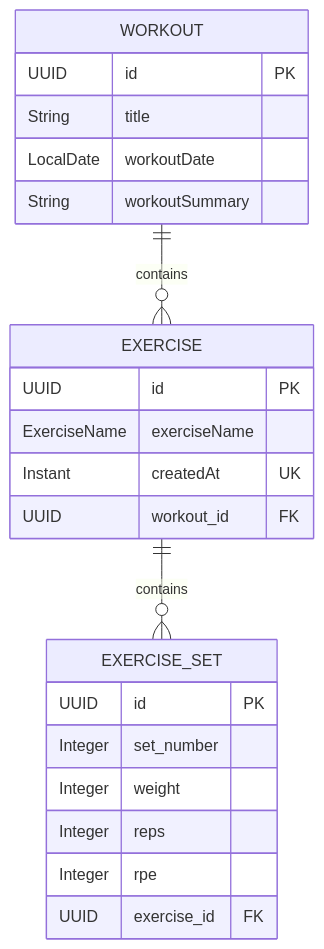
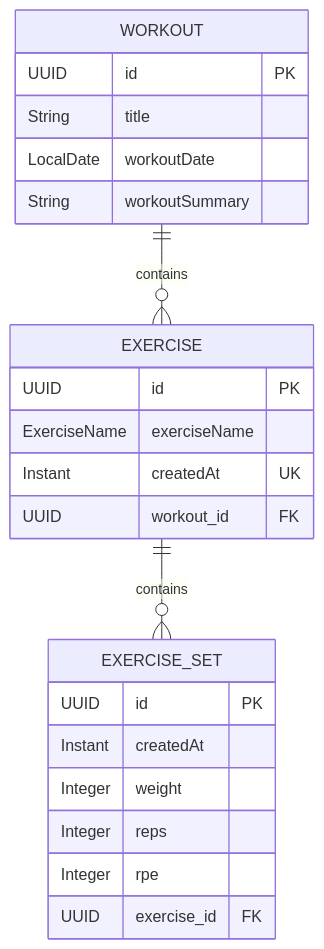
Before and after one commit to valles0606/WorkoutLoggerApp: the diagram in README.md, drawn with Mermaid. The commit also changed other lines of this file and 13 other files, not shown here.

````diff
--- a/README.md
+++ b/README.md
@@ -25,28 +25,28 @@
 ```mermaid
 erDiagram
     WORKOUT ||--o{ EXERCISE : contains
     EXERCISE ||--o{ EXERCISE_SET : contains
 
     WORKOUT {
         UUID id PK
         String title
         LocalDate workoutDate
         String workoutSummary
     }
 
     EXERCISE {
         UUID id PK
         ExerciseName exerciseName
         Instant createdAt UK
         UUID workout_id FK
     }
 
     EXERCISE_SET {
         UUID id PK
-        Integer set_number
+        Instant createdAt
         Integer weight
         Integer reps
         Integer rpe
         UUID exercise_id FK
     }
 ```
````
